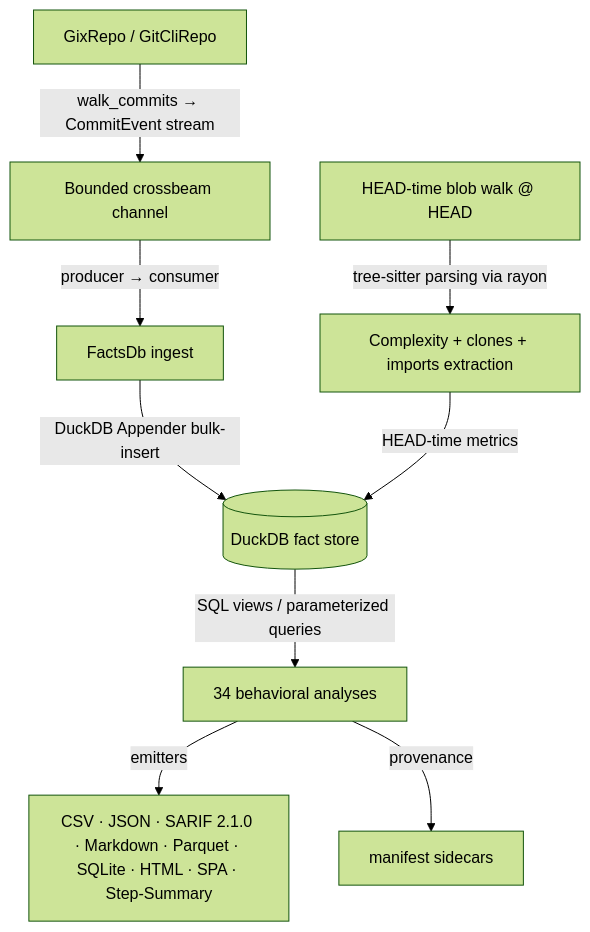
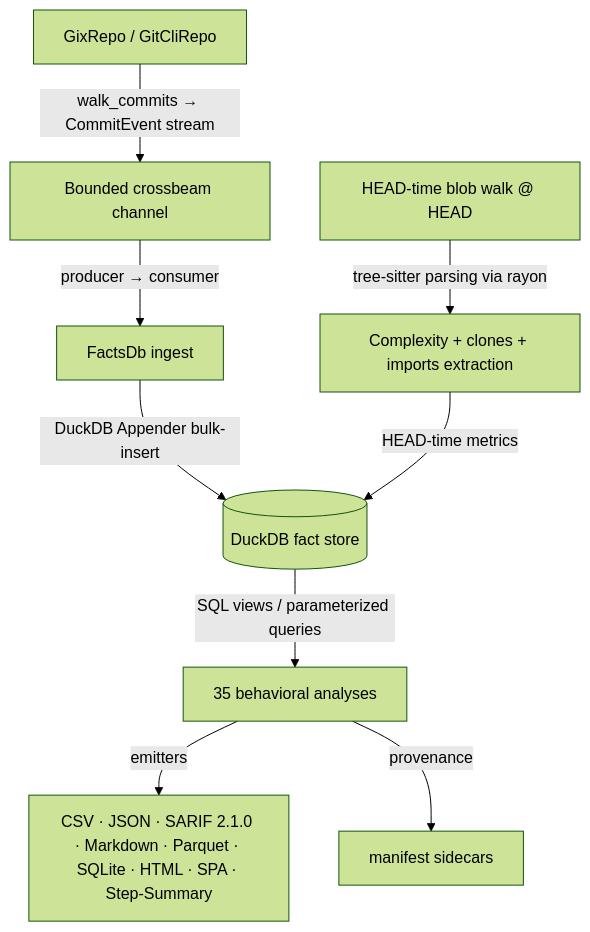
One commit to emrecdr/codelore changed the diagram in docs/codebase_analysis.md. Above: the diagram before and after it, drawn with Mermaid (forest theme). The commit also changed other lines of this file and 11 other files, not shown here.

First line of the commit message:
feat(analyses): add dependency-cycles (import-graph SCC kernel)

````diff
--- a/docs/codebase_analysis.md
+++ b/docs/codebase_analysis.md
@@ -29,11 +29,11 @@
 ```mermaid
 graph TD
     A[GixRepo / GitCliRepo] -->|walk_commits → CommitEvent stream| B[Bounded crossbeam channel]
     B -->|producer → consumer| C[FactsDb ingest]
     C -->|DuckDB Appender bulk-insert| D[(DuckDB fact store)]
     E[HEAD-time blob walk @ HEAD] -->|tree-sitter parsing via rayon| F[Complexity + clones + imports extraction]
     F -->|HEAD-time metrics| D
-    D -->|SQL views / parameterized queries| G[34 behavioral analyses]
+    D -->|SQL views / parameterized queries| G[35 behavioral analyses]
     G -->|emitters| H[CSV · JSON · SARIF 2.1.0 · Markdown · Parquet · SQLite · HTML · SPA · Step-Summary]
     G -->|provenance| I[manifest sidecars]
 ```
````
